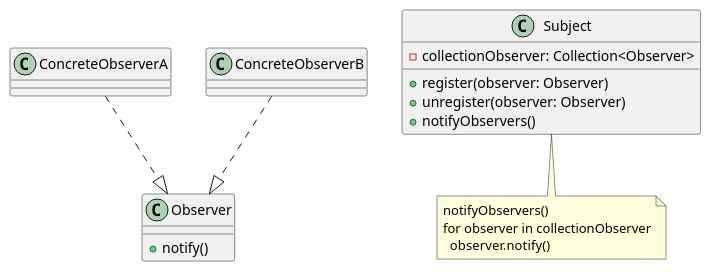
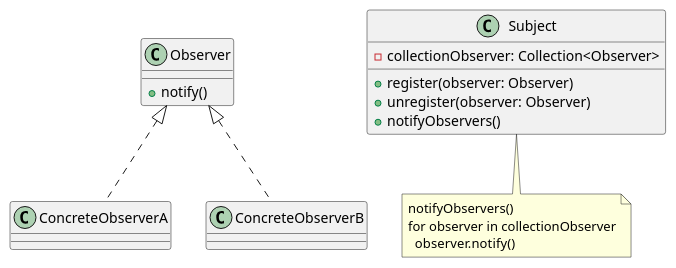
Before and after one commit to jandry/design-pattern: the diagram in src/uml/observerGenerique.puml, drawn with PlantUML. The commit also changed 1 other file, not shown here.

```diff
--- a/src/uml/observerGenerique.puml
+++ b/src/uml/observerGenerique.puml
@@ -1,25 +1,25 @@
 @startuml Observer
 
 class Observer {
     + notify()
 }
 
 class Subject {
     - collectionObserver: Collection<Observer>
     + register(observer: Observer)
     + unregister(observer: Observer)
     + notifyObservers()
 }
 note bottom of Subject
   notifyObservers()
   for observer in collectionObserver
     observer.notify()
 end note
 
 class ConcreteObserverA
 class ConcreteObserverB
 
-ConcreteObserverA..|>Observer
-ConcreteObserverB..|>Observer
+ConcreteObserverA .up.|> Observer
+ConcreteObserverB .up.|> Observer
 
 @enduml
```
